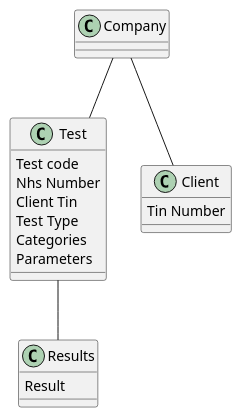
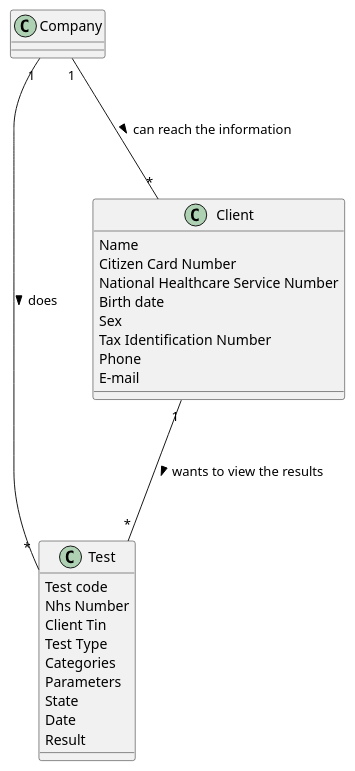
The diagram in docs/SprintD/US01/US1_MD.puml (MarianaCLages/LAPR2), drawn with PlantUML before and after one commit. The commit also changed 4 other files, not shown here.

```diff
--- a/docs/SprintD/US01/US1_MD.puml
+++ b/docs/SprintD/US01/US1_MD.puml
@@ -1,28 +1,37 @@
 @startuml
 
 class Test{
 Test code
 Nhs Number
 Client Tin
 Test Type
 Categories
 Parameters
+State
+Date
+Result
 }
 
 
 class Client{
-Tin Number
+Name
+Citizen Card Number
+National Healthcare Service Number
+Birth date
+Sex
+Tax Identification Number
+Phone
+E-mail
+
 }
 
 class Company{
 
 }
 
-class Results{
-Result
-}
 
-Company -- Test
-Company -- Client
-Test -- Results
+
+Company "1" -- "*" Test : does >
+Company "1"---"*" Client : can reach the information >
+Client "1"---"*" Test :  wants to view the results >
 @enduml
```
